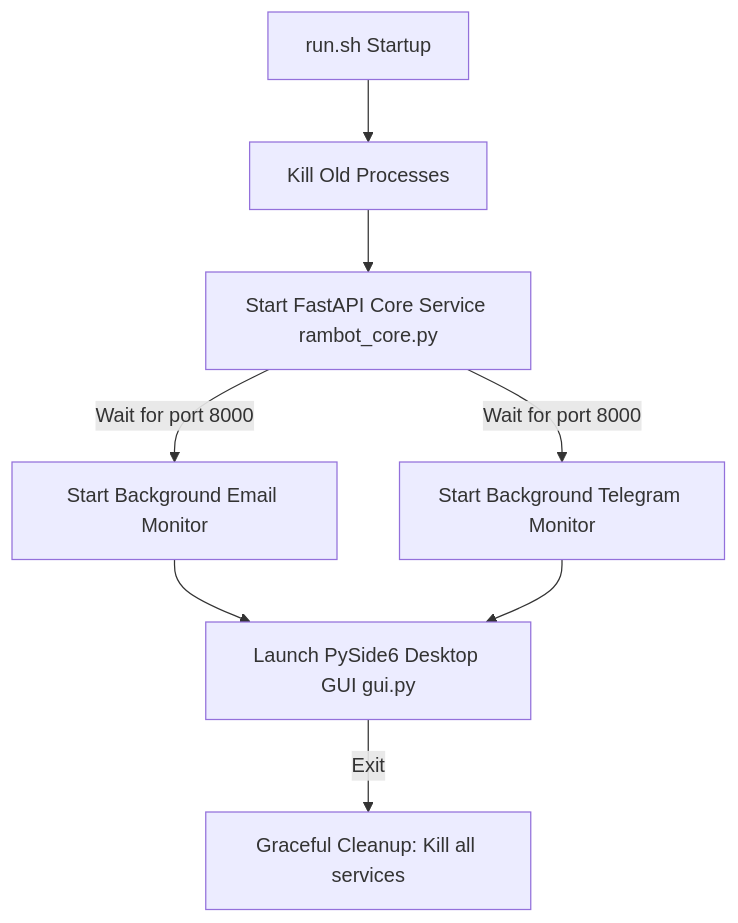
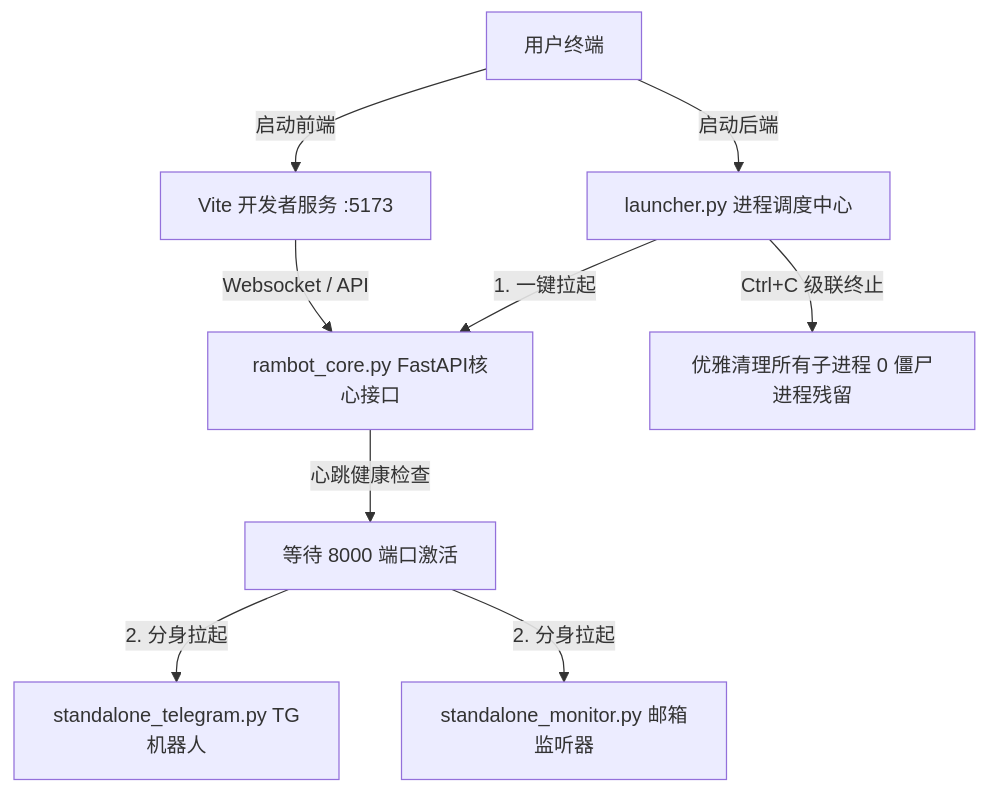
The diagram in README.md (SokeWang/RambotOS), drawn with Mermaid before and after one commit. The commit also changed other lines of this file, not shown here.

Commit message:
Docs: Completely rewrite README.md in Chinese to document the new decoupled headless architecture, installation guide, and setup instructions

````diff
--- a/README.md
+++ b/README.md
@@ -21,10 +20,13 @@
 ```mermaid
 graph TD
-    A[run.sh Startup] --> B[Kill Old Processes]
-    B --> C[Start FastAPI Core Service rambot_core.py]
-    C -->|Wait for port 8000| D[Start Background Email Monitor]
-    C -->|Wait for port 8000| E[Start Background Telegram Monitor]
-    D --> F[Launch PySide6 Desktop GUI gui.py]
-    E --> F
-    F -->|Exit| G[Graceful Cleanup: Kill all services]
+    User[用户终端] -->|启动后端| Launcher[launcher.py 进程调度中心]
+    Launcher -->|1. 一键拉起| Core[rambot_core.py FastAPI核心接口]
+    Core -->|心跳健康检查| Wait[等待 8000 端口激活]
+    Wait -->|2. 分身拉起| TG[standalone_telegram.py TG机器人]
+    Wait -->|2. 分身拉起| Mail[standalone_monitor.py 邮箱监听器]
+    
+    User -->|启动前端| Vite[Vite 开发者服务 :5173]
+    Vite -->|Websocket / API| Core
+    
+    Launcher -->|Ctrl+C 级联终止| Cleanup[优雅清理所有子进程 0 僵尸进程残留]
 ```
````
